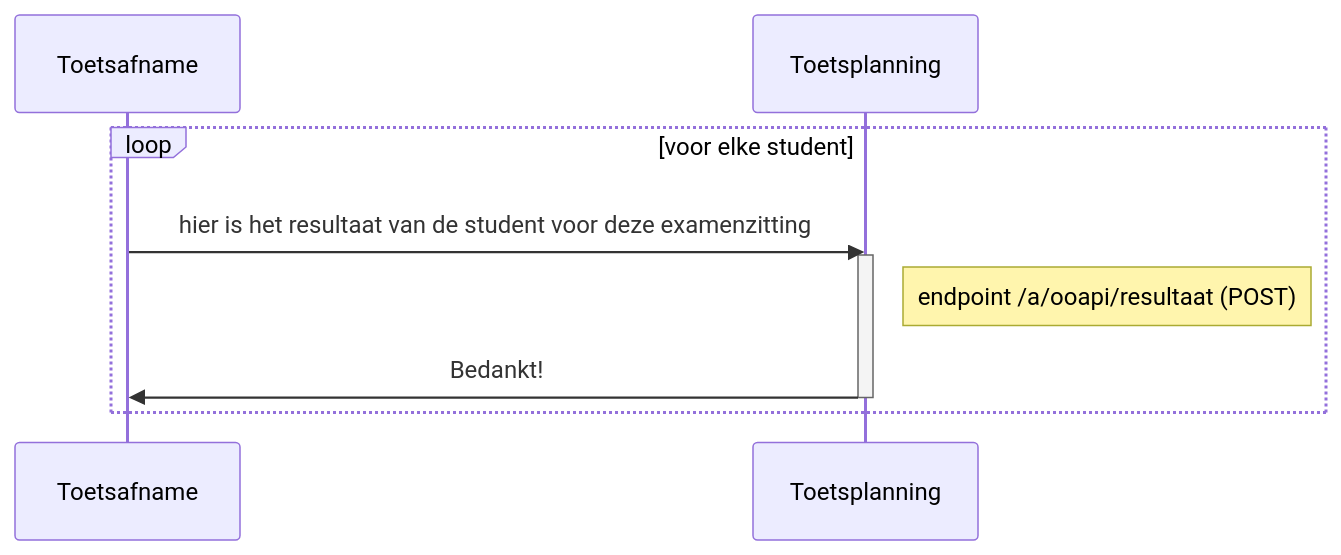
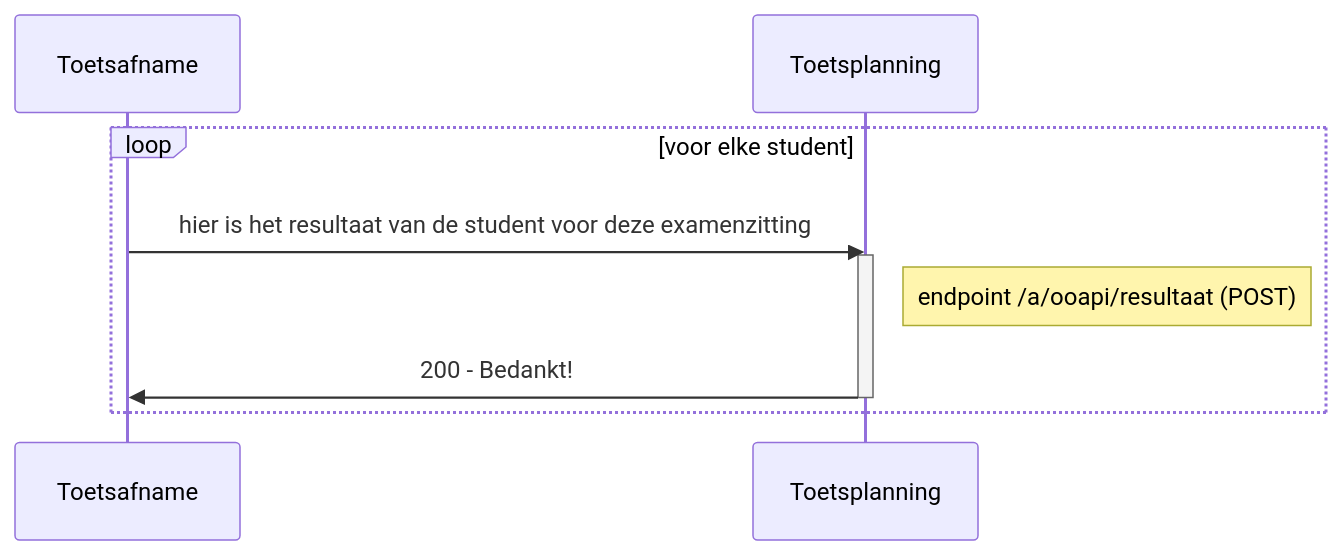
Before and after one commit to NetwerkExamineringDigitalisering/NED-OOAPI: the first of 2 diagrams in doc/diagrams/flow3.md, drawn with Mermaid. The commit also changed other lines of this file, not shown here.

````diff
--- a/doc/diagrams/flow3.md
+++ b/doc/diagrams/flow3.md
@@ -6,10 +6,10 @@
 ```mermaid
 sequenceDiagram
     loop voor elke student
       Toetsafname->>Toetsplanning: hier is het resultaat van de student voor deze examenzitting
       activate Toetsplanning
       Note right of Toetsplanning: endpoint /a/ooapi/resultaat (POST)
-      Toetsplanning->>Toetsafname: Bedankt!
+      Toetsplanning->>Toetsafname: 200 - Bedankt!
       deactivate Toetsplanning
     end
 ```
````
